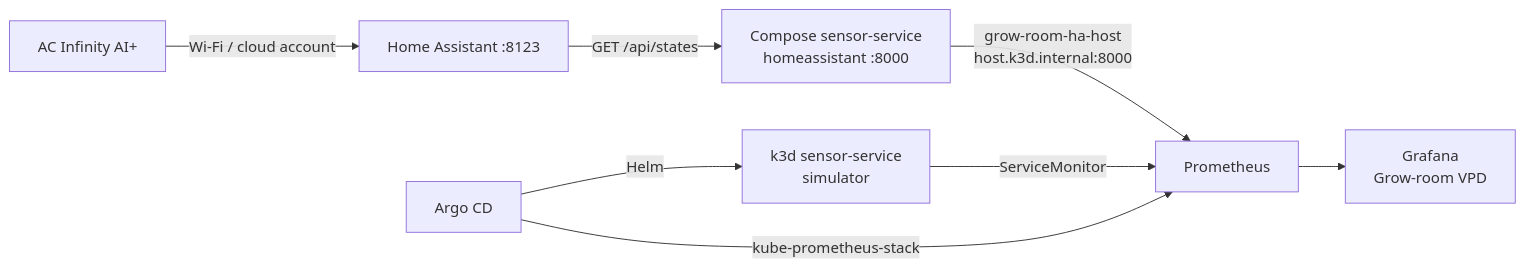
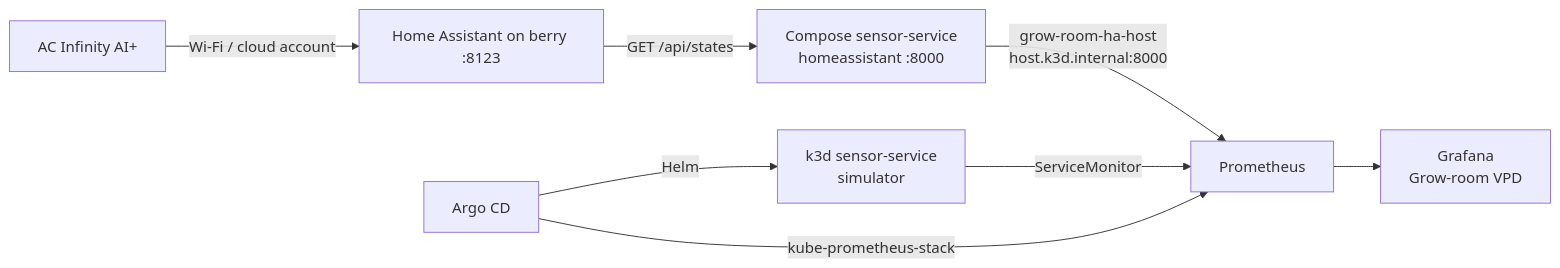
Before and after one commit to TontoBlanco/grow-room-platform: the diagram in README.md, drawn with Mermaid. The commit also changed other lines of this file and 22 other files, not shown here.

First line of the commit message:
Retire the PC Home Assistant service behind the local-ha profile.

````diff
--- a/README.md
+++ b/README.md
@@ -95,10 +101,10 @@
 ```mermaid
 flowchart LR
-  ACI["AC Infinity AI+"] -->|Wi-Fi / cloud account| HA["Home Assistant :8123"]
+  ACI["AC Infinity AI+"] -->|Wi-Fi / cloud account| HA["Home Assistant on berry :8123"]
   HA -->|"GET /api/states"| CS["Compose sensor-service<br/>homeassistant :8000"]
   CS -->|"grow-room-ha-host<br/>host.k3d.internal:8000"| PROM[Prometheus]
   SIM["k3d sensor-service<br/>simulator"] -->|ServiceMonitor| PROM
   PROM --> GRAF["Grafana<br/>Grow-room VPD"]
   ARGO[Argo CD] -->|Helm| SIM
   ARGO -->|kube-prometheus-stack| PROM
 ```
````
